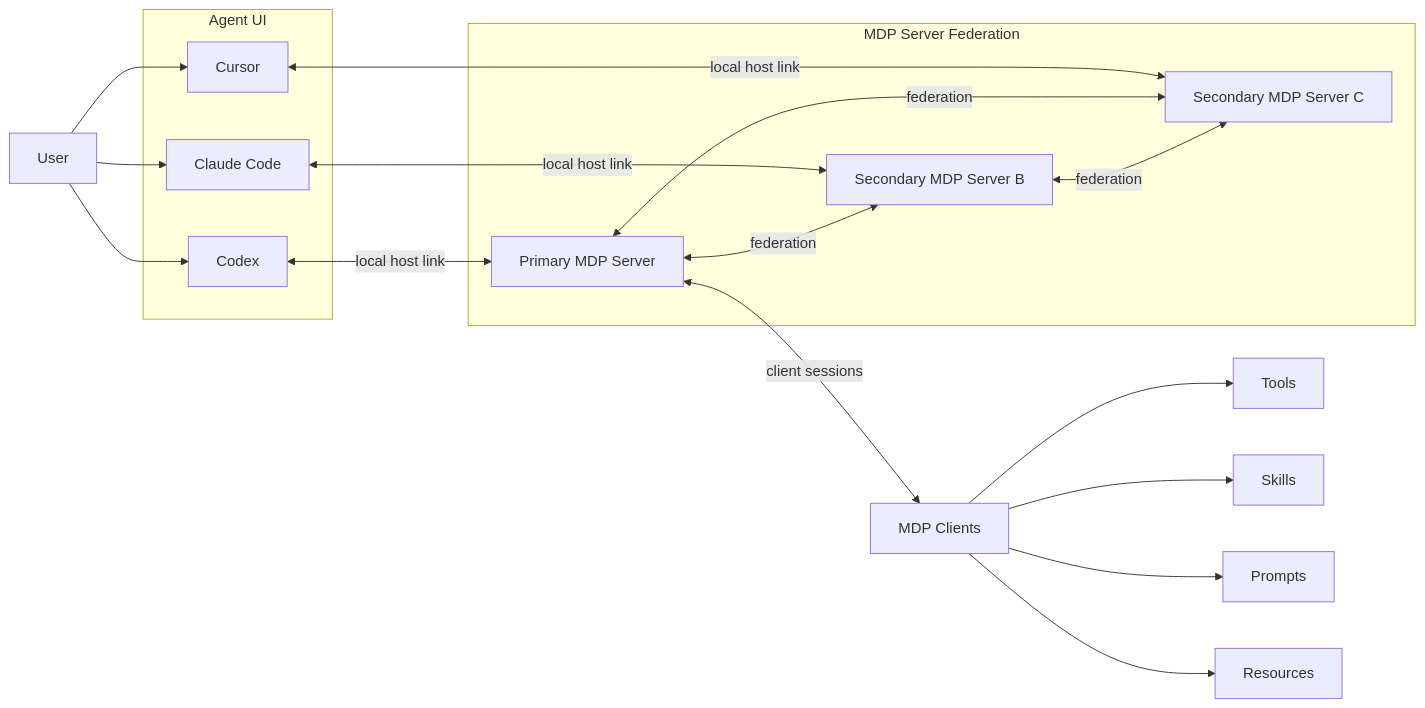
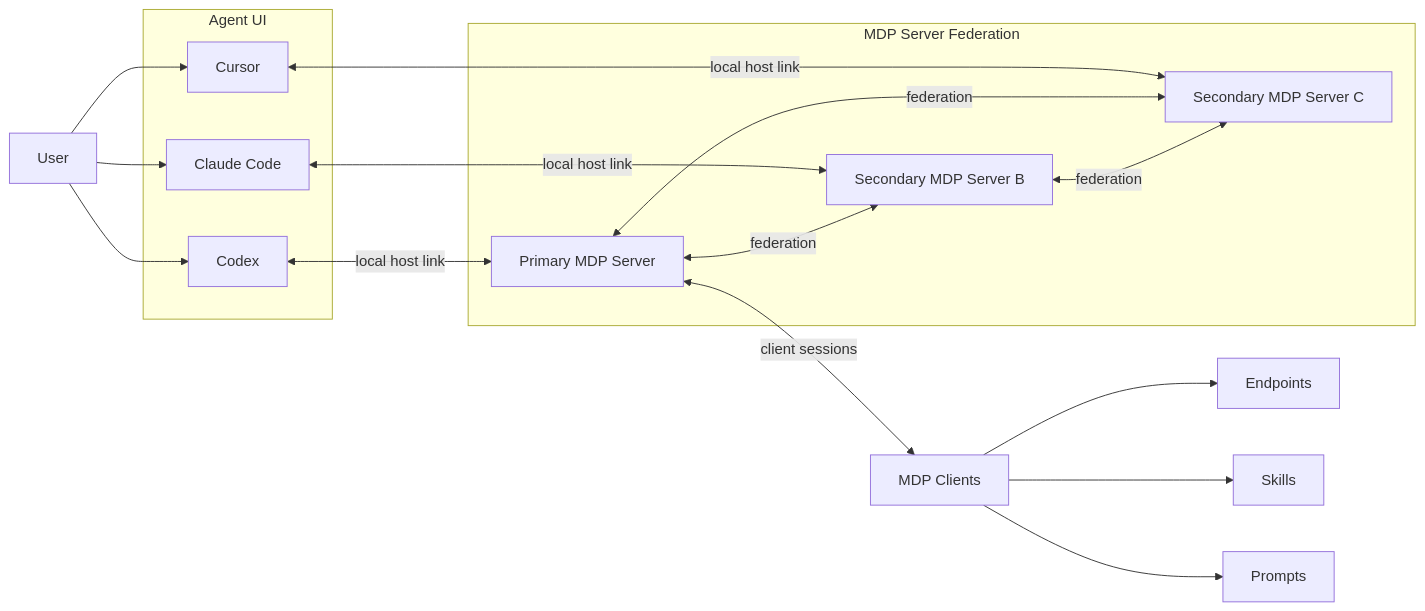
Before and after one commit to modeldriveprotocol/modeldriveprotocol: the first of 2 diagrams in README.md, drawn with Mermaid. The commit also changed other lines of this file and 60 other files, not shown here.

````diff
--- a/README.md
+++ b/README.md
@@ -74,40 +81,38 @@
 ```mermaid
 flowchart LR
   user["User"]
 
   subgraph agents["Agent UI"]
     claude["Claude Code"]
     codex["Codex"]
     cursor["Cursor"]
   end
 
   subgraph servers["MDP Server Federation"]
     primary["Primary MDP Server"]
     secondaryB["Secondary MDP Server B"]
     secondaryC["Secondary MDP Server C"]
   end
 
   clients["MDP Clients"]
-  tools["Tools"]
+  endpoints["Endpoints"]
   skills["Skills"]
   prompts["Prompts"]
-  resources["Resources"]
 
   user --> claude
   user --> codex
   user --> cursor
 
   claude <-->|"local host link"| secondaryB
   codex <-->|"local host link"| primary
   cursor <-->|"local host link"| secondaryC
 
   primary <-->|"federation"| secondaryB
   primary <-->|"federation"| secondaryC
   secondaryB <-->|"federation"| secondaryC
 
   primary <-->|"client sessions"| clients
-  clients --> tools
+  clients --> endpoints
   clients --> skills
   clients --> prompts
-  clients --> resources
 ```
````
